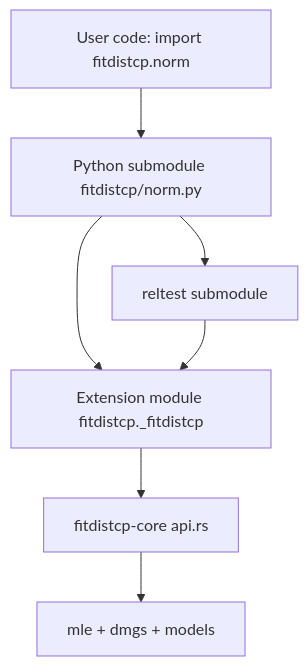
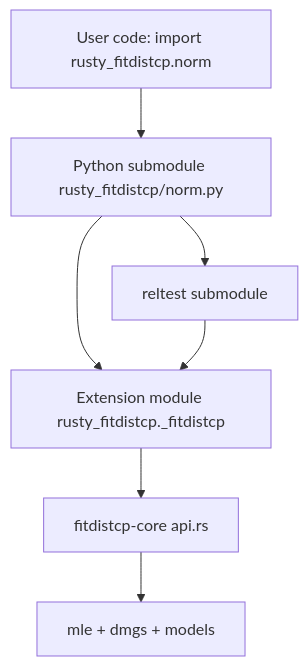
The diagram in plans/fitdistcp-py-dropin-plan.md (vdog/rusty-fitdistcp), drawn with Mermaid before and after one commit. The commit also changed other lines of this file and 35 other files, not shown here.

Commit message:
reference rusty in R and python module names

````diff
--- a/plans/fitdistcp-py-dropin-plan.md
+++ b/plans/fitdistcp-py-dropin-plan.md
@@ -88,9 +88,9 @@
 ```mermaid
 graph TD
-    A[User code: import fitdistcp.norm] --> B[Python submodule fitdistcp/norm.py]
-    B --> C[Extension module fitdistcp._fitdistcp]
+    A[User code: import rusty_fitdistcp.norm] --> B[Python submodule rusty_fitdistcp/norm.py]
+    B --> C[Extension module rusty_fitdistcp._fitdistcp]
     C --> D[fitdistcp-core api.rs]
     D --> E[mle + dmgs + models]
     B --> F[reltest submodule]
     F --> C
 ```
````
